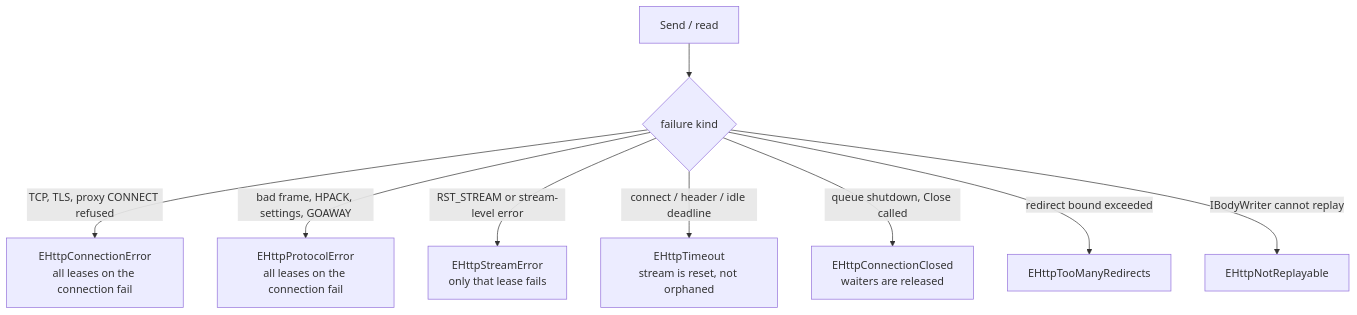
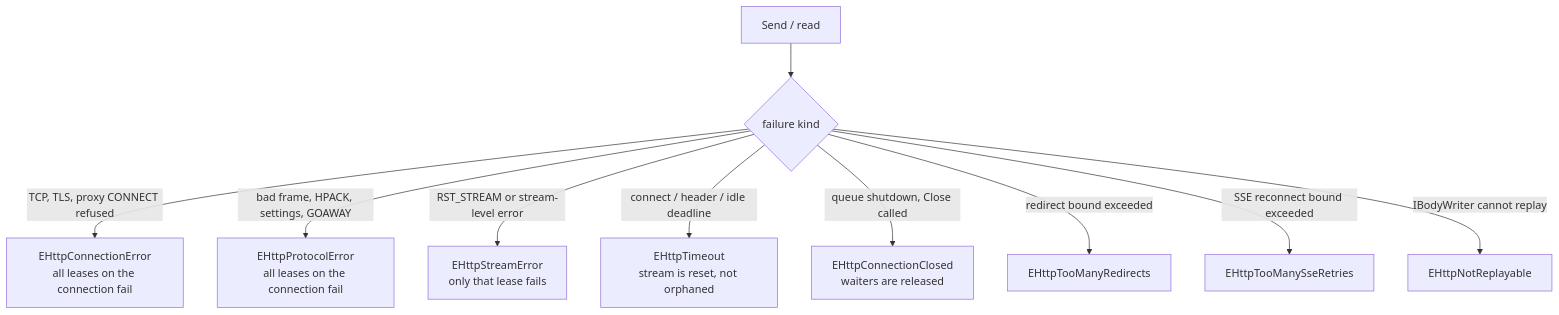
Before and after one commit to lscoughlin/http2client: the second of 2 diagrams in doc/design/errors-redirects.md, drawn with Mermaid. The commit also changed other lines of this file and 11 other files, not shown here.

````diff
--- a/doc/design/errors-redirects.md
+++ b/doc/design/errors-redirects.md
@@ -90,11 +99,12 @@
 ```mermaid
 flowchart TB
   OP["Send / read"] --> E{"failure kind"}
   E -->|"TCP, TLS, proxy CONNECT refused"| C["EHttpConnectionError<br/>all leases on the connection fail"]
   E -->|"bad frame, HPACK, settings, GOAWAY"| P["EHttpProtocolError<br/>all leases on the connection fail"]
   E -->|"RST_STREAM or stream-level error"| S["EHttpStreamError<br/>only that lease fails"]
   E -->|"connect / header / idle deadline"| T["EHttpTimeout<br/>stream is reset, not orphaned"]
   E -->|"queue shutdown, Close called"| X["EHttpConnectionClosed<br/>waiters are released"]
   E -->|"redirect bound exceeded"| R["EHttpTooManyRedirects"]
+  E -->|"SSE reconnect bound exceeded"| SS["EHttpTooManySseRetries"]
   E -->|"IBodyWriter cannot replay"| N["EHttpNotReplayable"]
 ```
````
